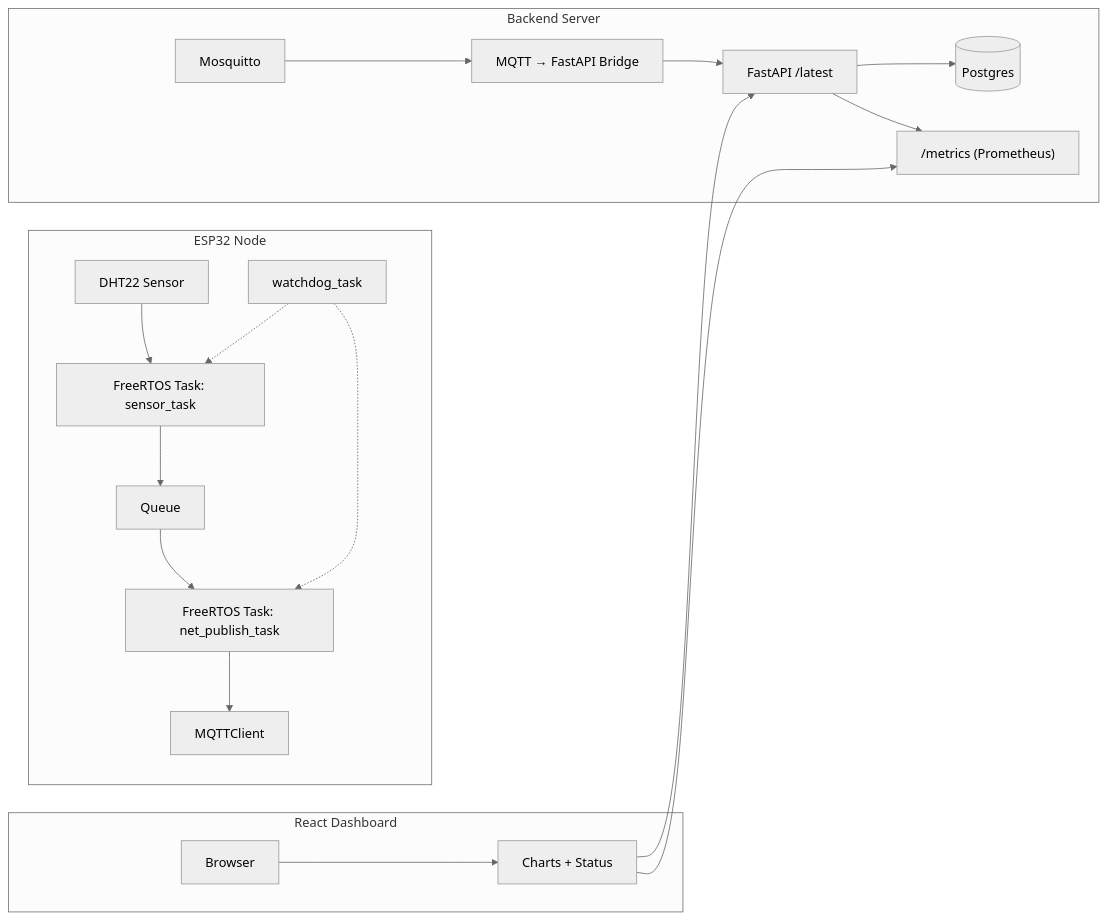
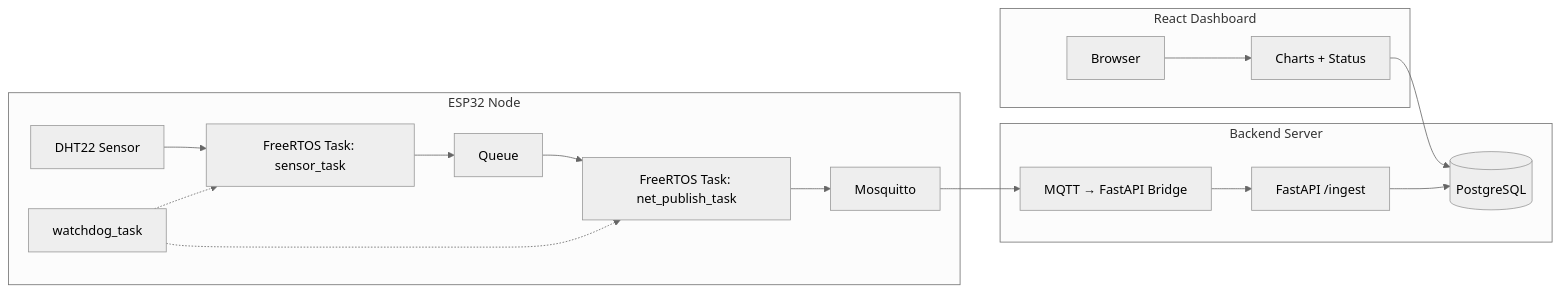
The diagram in README.md (DALBrian/ESP32-Iot-Web), drawn with Mermaid (neutral theme) before and after one commit. The commit also changed other lines of this file and 1 other file, not shown here.

Commit message:
[Modify] 1. Modify flowchart. 2. Add image to README.md

````diff
--- a/README.md
+++ b/README.md
@@ -1,25 +1,23 @@
 ```mermaid
 flowchart LR
     subgraph ESP32 [ESP32 Node]
         Sensor[DHT22 Sensor] --> SensorTask
         SensorTask["FreeRTOS Task: sensor_task"] --> Queue
-        NetTask["FreeRTOS Task: net_publish_task"] --> MQTTClient
+        NetTask["FreeRTOS Task: net_publish_task"] --> Mosquitto
         Watchdog["watchdog_task"] -.-> SensorTask
         Watchdog -.-> NetTask
         Queue --> NetTask
     end
 
 
     subgraph Server [Backend Server]
         Mosquitto --> Bridge[MQTT → FastAPI Bridge]
         Bridge --> API[FastAPI /ingest]
-        API --> DB[(Postgres)]
-        API --> Metrics["/metrics (Prometheus)"]
+        API --> DB[(PostgreSQL )]
     end
 
     subgraph Web [React Dashboard]
         Browser --> UI[Charts + Status]
-        UI --> API["FastAPI /latest"]
-        UI --> Metrics
+        UI --> DB
     end
 ```
````
